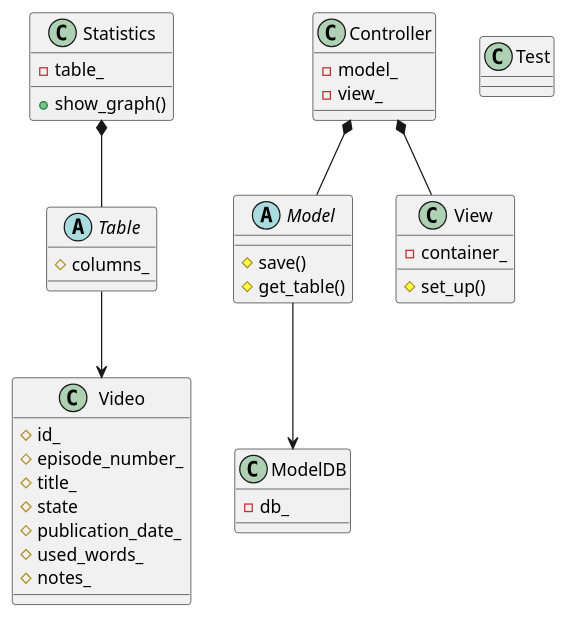
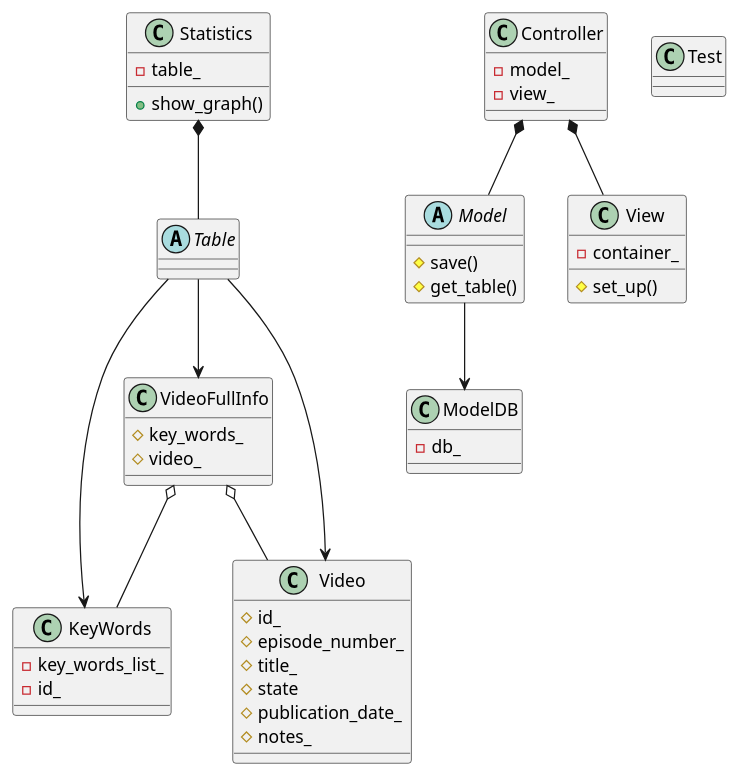
The diagram in uml/diagram.plantuml (Wojtek130/Project_Video_Database), drawn with PlantUML before and after one commit. The commit also changed 1 other file, not shown here.

Commit message:
diagram updated

```diff
--- a/uml/diagram.plantuml
+++ b/uml/diagram.plantuml
@@ -1,46 +1,63 @@
 @startuml Class Diagram
 
 abstract class Table{
-    #columns_
 }
 class Controller{
     -model_
     -view_
 }
 abstract class Model{
     #save()
     #get_table()
 }
 class ModelDB{
     -db_
 }
+class KeyWords{
+    -key_words_list_
+    -id_
+}
+
 class View{
     -container_
     #set_up()
 }
 class Video {
     #id_
     #episode_number_
     #title_
     #state
     #publication_date_
-    #used_words_
     #notes_
+}
+
+class VideoFullInfo {
+    #key_words_
+    #video_
+
 }
 class Statistics{
     -table_
     +show_graph()
 }
 class Test
 
 Controller *-- Model
 
 Controller *-- View
 
 Table --> Video
 
+Table --> KeyWords
+
+Table --> VideoFullInfo
+
+VideoFullInfo o-- Video
+
+VideoFullInfo o-- KeyWords
+
 Model --> ModelDB
 
 Statistics *-- Table
 
 @enduml
```
